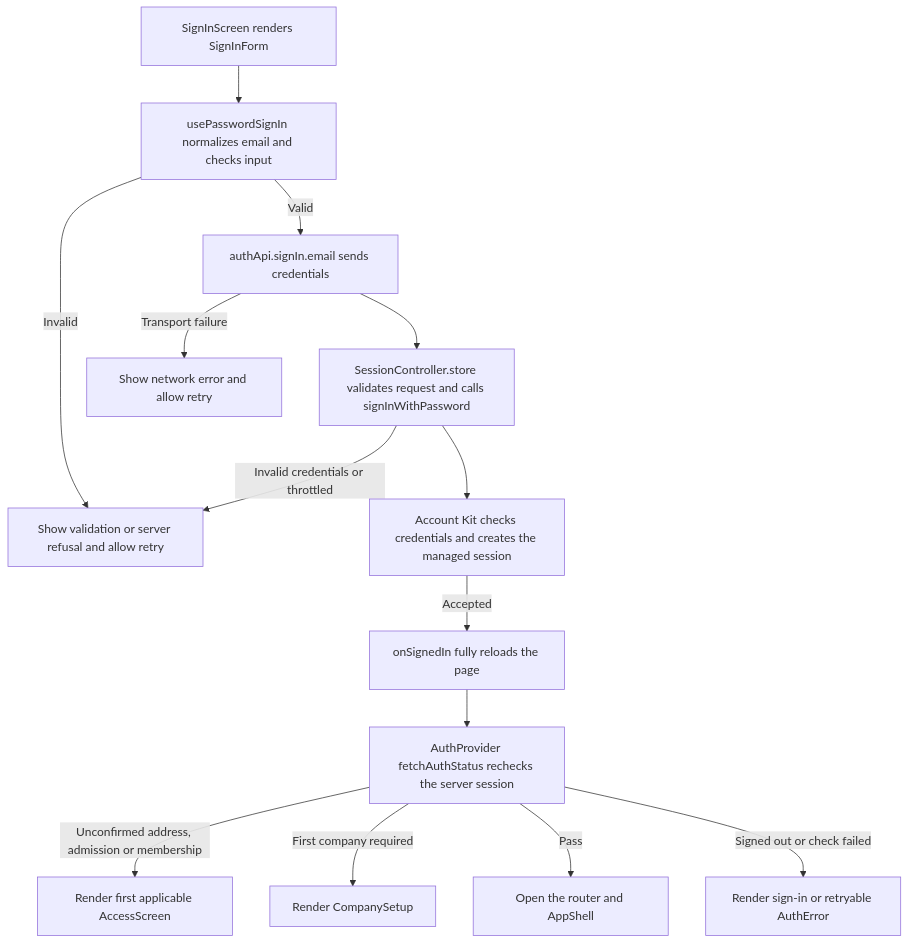
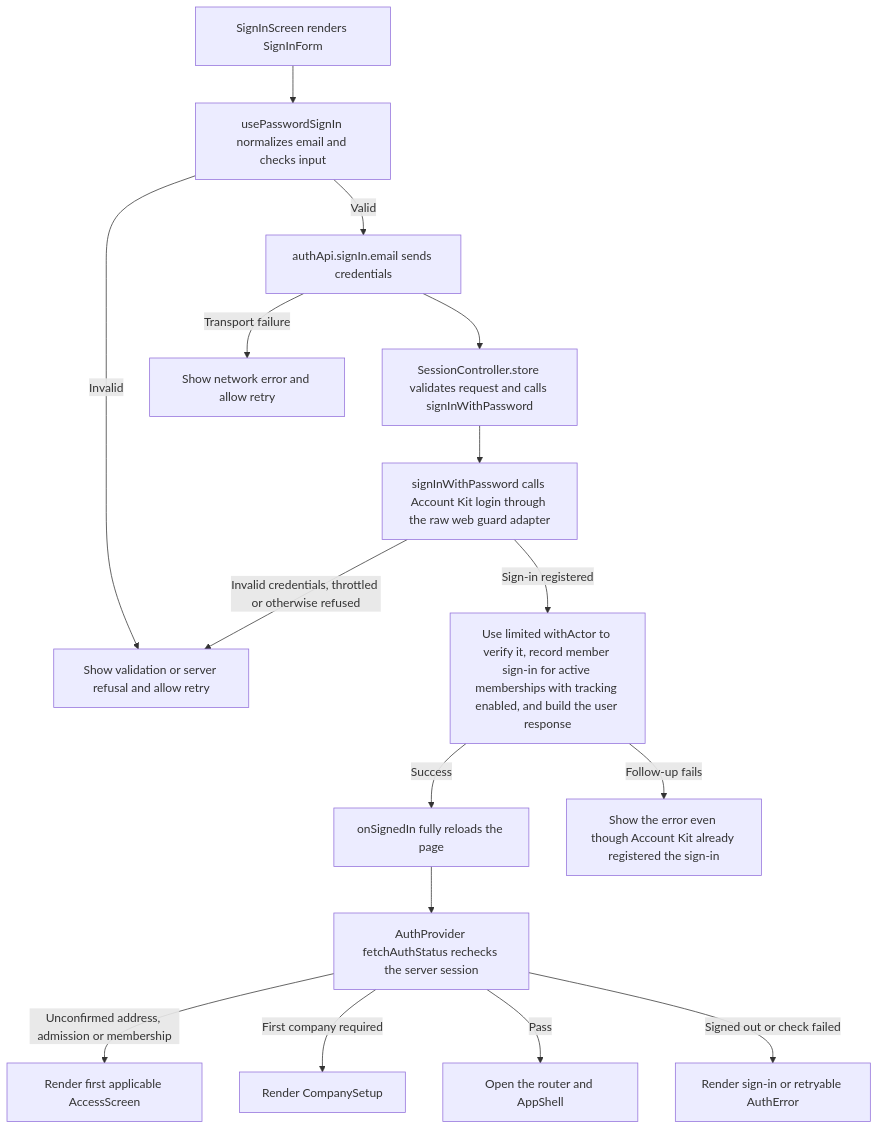
The second of 2 diagrams in user-stories/navigation/US-NAV-10-sign-in-screen.md (Kevinjohn/capacitylens), drawn with Mermaid before and after one commit. The commit also changed other lines of this file and 26 other files, not shown here.

Commit message:
Refresh the account and planning user stories

````diff
--- a/user-stories/navigation/US-NAV-10-sign-in-screen.md
+++ b/user-stories/navigation/US-NAV-10-sign-in-screen.md
@@ -37,16 +37,18 @@
 ```mermaid
 flowchart TD
   entry["SignInScreen renders SignInForm"] --> validate["usePasswordSignIn normalizes email and checks input"]
   validate -->|Invalid| refusal["Show validation or server refusal and allow retry"]
   validate -->|Valid| api["authApi.signIn.email sends credentials"]
   api --> controller["SessionController.store validates request and calls signInWithPassword"]
-  controller --> kit["Account Kit checks credentials and creates the managed session"]
-  controller -->|Invalid credentials or throttled| refusal
+  controller --> kit["signInWithPassword calls Account Kit login through the raw web guard adapter"]
+  kit -->|Sign-in registered| session["Use limited withActor to verify it, record member sign-in for active memberships with tracking enabled, and build the user response"]
+  kit -->|Invalid credentials, throttled or otherwise refused| refusal
   api -->|Transport failure| network["Show network error and allow retry"]
-  kit -->|Accepted| reload["onSignedIn fully reloads the page"]
+  session -->|Success| reload["onSignedIn fully reloads the page"]
+  session -->|Follow-up fails| followUp["Show the error even though Account Kit already registered the sign-in"]
   reload --> status["AuthProvider fetchAuthStatus rechecks the server session"]
   status -->|Unconfirmed address, admission or membership| limited["Render first applicable AccessScreen"]
   status -->|First company required| setup["Render CompanySetup"]
   status -->|Pass| app["Open the router and AppShell"]
   status -->|Signed out or check failed| retry["Render sign-in or retryable AuthError"]
 ```
````
